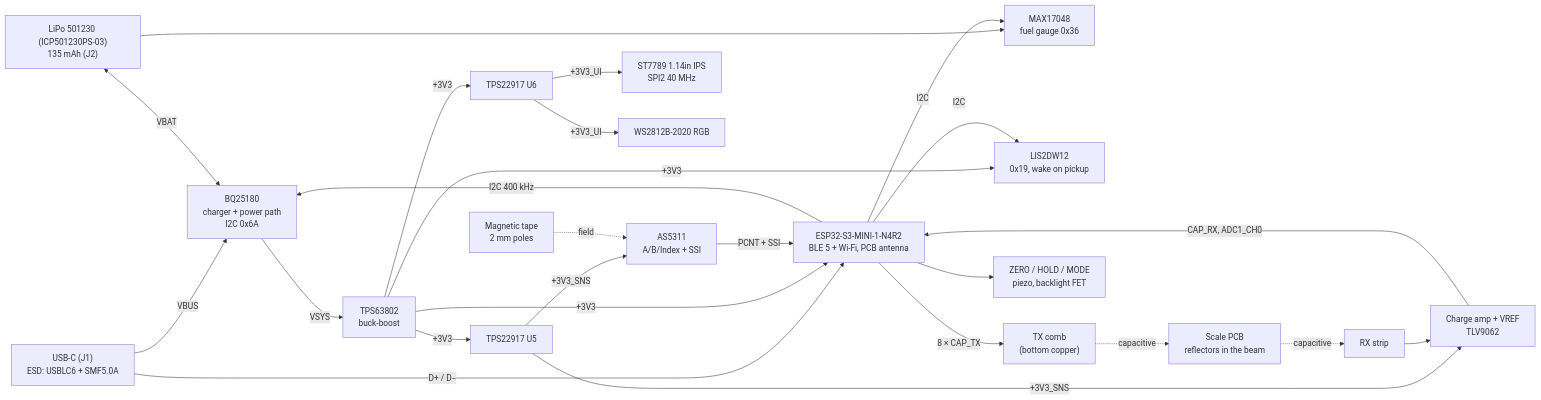
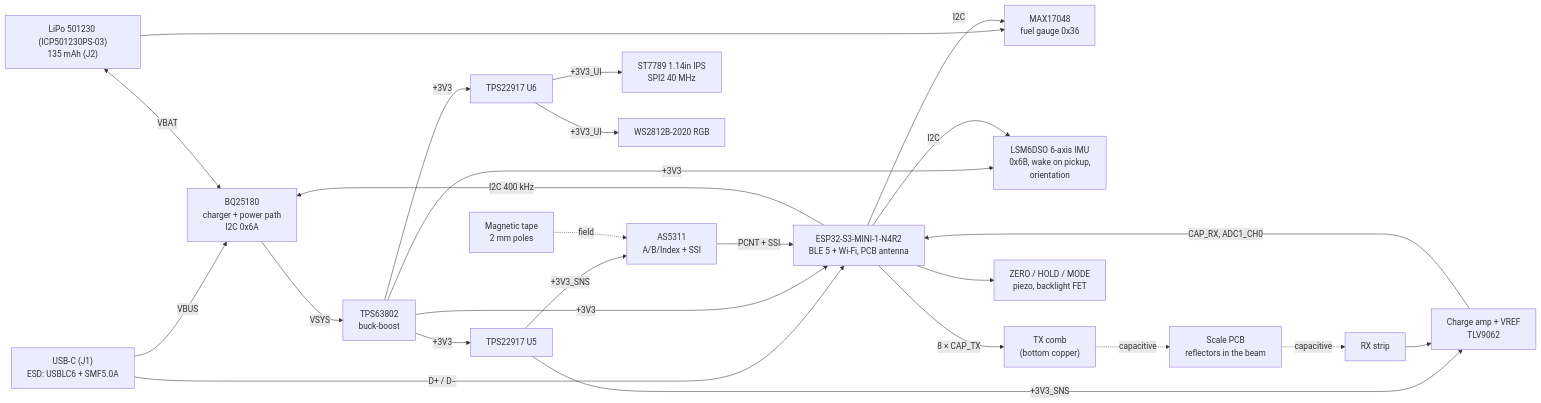
One commit to tyevco/prettycoolboards changed the diagram in caliper/docs/architecture.md. Above: the diagram before and after it, drawn with Mermaid. The commit also changed other lines of this file and 100 other files, not shown here.

First line of the commit message:
Caliper: add a gyroscope (LSM6DSO 6-axis IMU replaces the LIS2DW12)

````diff
--- a/caliper/docs/architecture.md
+++ b/caliper/docs/architecture.md
@@ -23,22 +23,22 @@
 ```mermaid
 flowchart LR
   USB["USB-C (J1)<br/>ESD: USBLC6 + SMF5.0A"] -->|VBUS| CHG["BQ25180<br/>charger + power path<br/>I2C 0x6A"]
   USB -->|D+ / D−| MCU
   BAT["LiPo 501230 (ICP501230PS-03)<br/>135 mAh (J2)"] <-->|VBAT| CHG
   BAT --> FG["MAX17048<br/>fuel gauge 0x36"]
   CHG -->|VSYS| BB["TPS63802<br/>buck-boost"]
   BB -->|+3V3| MCU["ESP32-S3-MINI-1-N4R2<br/>BLE 5 + Wi-Fi, PCB antenna"]
-  BB -->|+3V3| IMU["LIS2DW12<br/>0x19, wake on pickup"]
+  BB -->|+3V3| IMU["LSM6DSO 6-axis IMU<br/>0x6B, wake on pickup,<br/>orientation"]
   BB -->|+3V3| SW1["TPS22917 U5"] -->|+3V3_SNS| MAG["AS5311<br/>A/B/Index + SSI"]
   SW1 -->|+3V3_SNS| AFE["Charge amp + VREF<br/>TLV9062"]
   BB -->|+3V3| SW2["TPS22917 U6"] -->|+3V3_UI| LCD["ST7789 1.14in IPS<br/>SPI2 40 MHz"]
   SW2 -->|+3V3_UI| LED["WS2812B-2020 RGB"]
   MCU -->|8 × CAP_TX| TXE["TX comb<br/>(bottom copper)"]
   TXE -. capacitive .-> SCALE["Scale PCB<br/>reflectors in the beam"]
   SCALE -. capacitive .-> RXE["RX strip"] --> AFE -->|CAP_RX, ADC1_CH0| MCU
   TAPE["Magnetic tape<br/>2 mm poles"] -. field .-> MAG -->|PCNT + SSI| MCU
   MCU -->|I2C 400 kHz| CHG
   MCU -->|I2C| FG
   MCU -->|I2C| IMU
   MCU --> UI["ZERO / HOLD / MODE<br/>piezo, backlight FET"]
 ```
````
